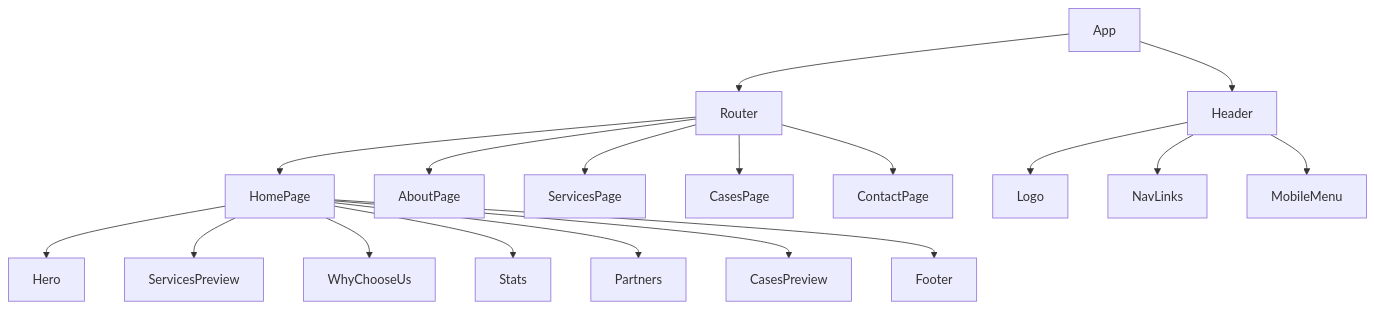
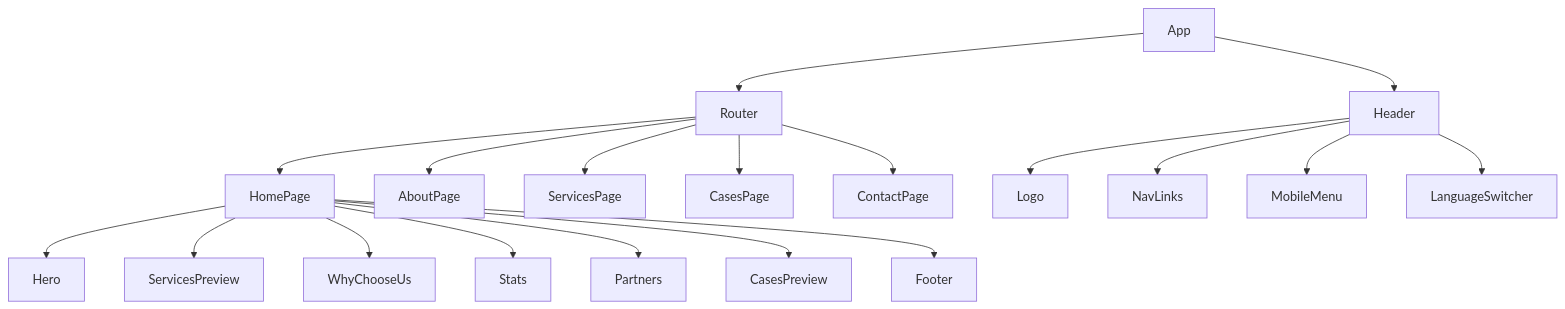
One commit to ChunshengWong/IT-company-portal changed the second of 2 diagrams in .trae/documents/it-service-company-architecture.md. Above: the diagram before and after it, drawn with Mermaid. The commit also changed other lines of this file and 35 other files, not shown here.

````diff
--- a/.trae/documents/it-service-company-architecture.md
+++ b/.trae/documents/it-service-company-architecture.md
@@ -60,22 +61,23 @@
 ```mermaid
 flowchart TD
     App --> Header
     App --> Router
     Router --> HomePage
     Router --> AboutPage
     Router --> ServicesPage
     Router --> CasesPage
     Router --> ContactPage
     
     HomePage --> Hero
     HomePage --> ServicesPreview
     HomePage --> WhyChooseUs
     HomePage --> Stats
     HomePage --> Partners
     HomePage --> CasesPreview
     HomePage --> Footer
     
     Header --> Logo
     Header --> NavLinks
     Header --> MobileMenu
+    Header --> LanguageSwitcher
 ```
````
